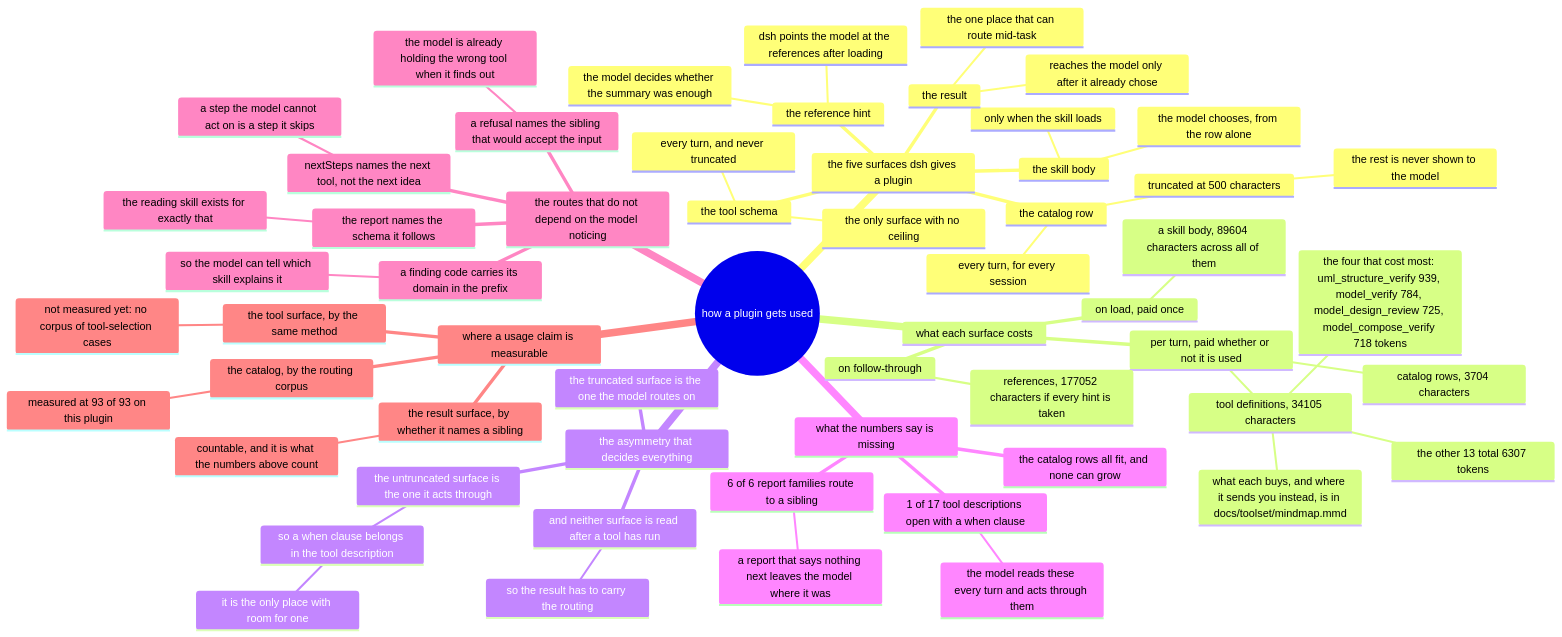
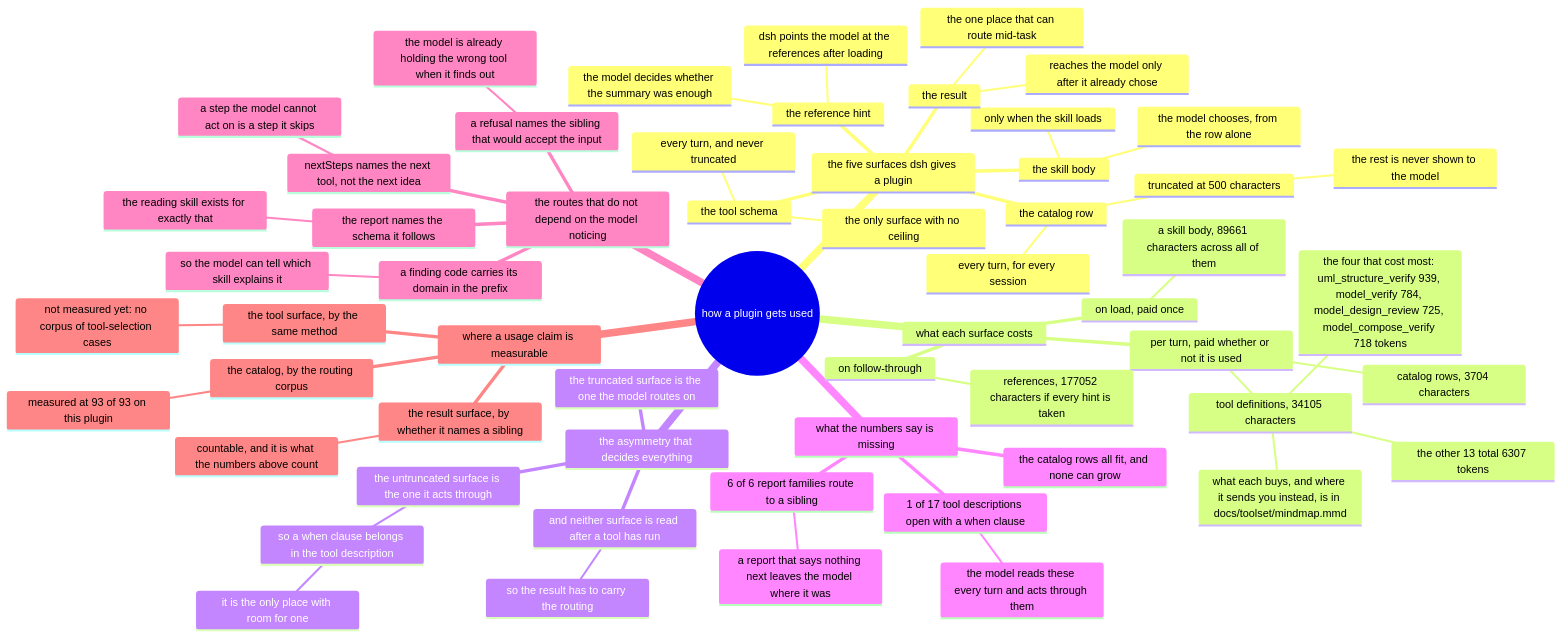
The diagram in docs/usage/mindmap.mmd (AmethystLuna/dsh-model-everything), drawn with Mermaid before and after one commit. The commit also changed 19 other files, not shown here.

```diff
--- a/docs/usage/mindmap.mmd
+++ b/docs/usage/mindmap.mmd
@@ -1,59 +1,59 @@
 mindmap
 root((how a plugin gets used))
   the five surfaces dsh gives a plugin
     the catalog row
       every turn, for every session
       truncated at 500 characters
         the rest is never shown to the model
     the skill body
       only when the skill loads
       the model chooses, from the row alone
     the reference hint
       dsh points the model at the references after loading
       the model decides whether the summary was enough
     the tool schema
       every turn, and never truncated
       the only surface with no ceiling
     the result
       reaches the model only after it already chose
       the one place that can route mid-task
   what each surface costs
     per turn, paid whether or not it is used
       catalog rows, 3704 characters
       tool definitions, 34105 characters
         the four that cost most: uml_structure_verify 939, model_verify 784, model_design_review 725, model_compose_verify 718 tokens
         the other 13 total 6307 tokens
         what each buys, and where it sends you instead, is in docs/toolset/mindmap.mmd
     on load, paid once
-      a skill body, 89604 characters across all of them
+      a skill body, 89661 characters across all of them
     on follow-through
       references, 177052 characters if every hint is taken
   the asymmetry that decides everything
     the truncated surface is the one the model routes on
     the untruncated surface is the one it acts through
       so a when clause belongs in the tool description
         it is the only place with room for one
     and neither surface is read after a tool has run
       so the result has to carry the routing
   what the numbers say is missing
     1 of 17 tool descriptions open with a when clause
       the model reads these every turn and acts through them
     6 of 6 report families route to a sibling
       a report that says nothing next leaves the model where it was
     the catalog rows all fit, and none can grow
   the routes that do not depend on the model noticing
     a refusal names the sibling that would accept the input
       the model is already holding the wrong tool when it finds out
     nextSteps names the next tool, not the next idea
       a step the model cannot act on is a step it skips
     a finding code carries its domain in the prefix
       so the model can tell which skill explains it
     the report names the schema it follows
       the reading skill exists for exactly that
   where a usage claim is measurable
     the catalog, by the routing corpus
       measured at 93 of 93 on this plugin
     the tool surface, by the same method
       not measured yet: no corpus of tool-selection cases
     the result surface, by whether it names a sibling
       countable, and it is what the numbers above count
```
